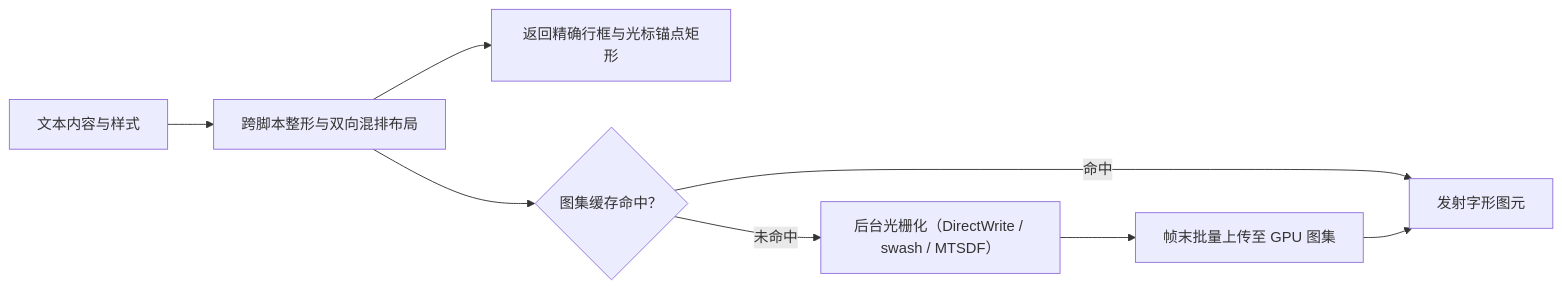
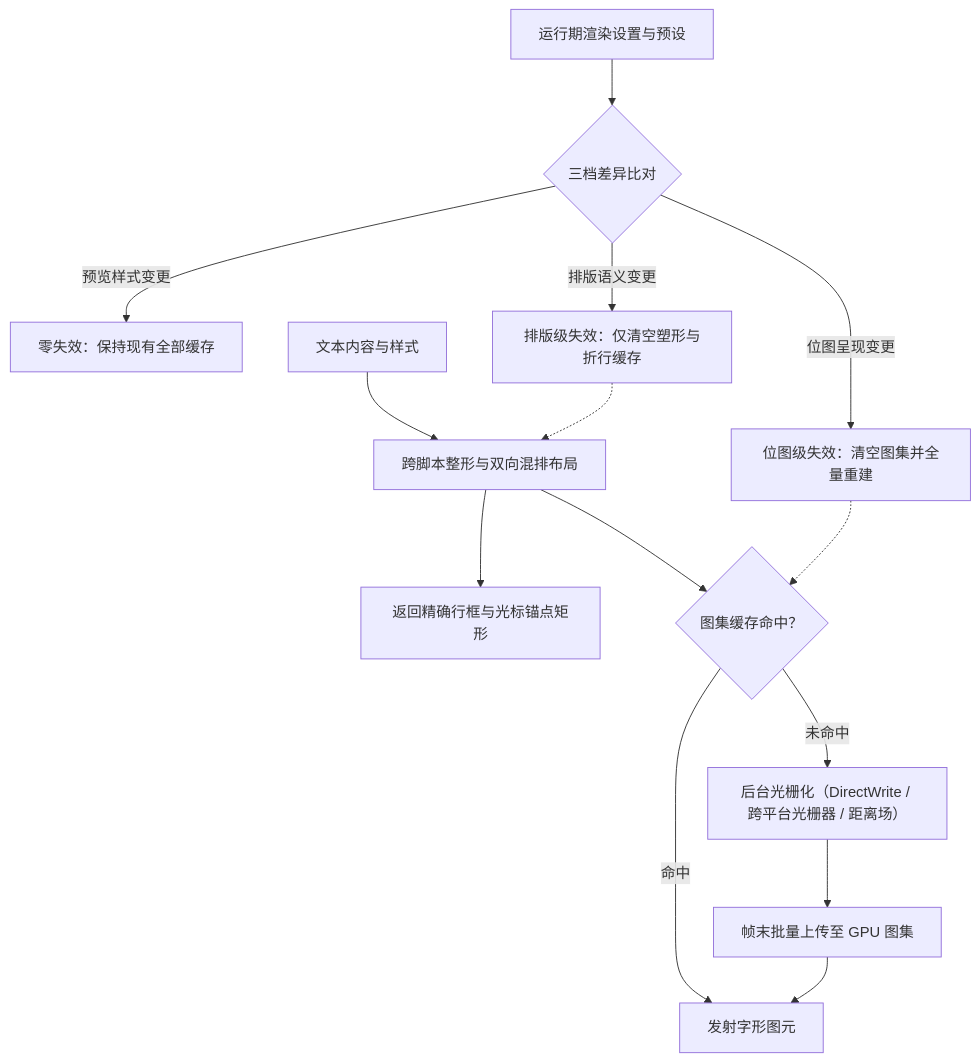
The diagram in docs/architecture/02-核心引擎（core-engine）/矢量与文本（text-and-vector）.md (pengjiaxusz/unbound-ui), drawn with Mermaid before and after one commit. The commit also changed other lines of this file and 3 other files, not shown here.

````diff
--- a/docs/architecture/02-核心引擎（core-engine）/矢量与文本（text-and-vector）.md
+++ b/docs/architecture/02-核心引擎（core-engine）/矢量与文本（text-and-vector）.md
@@ -14,10 +19,17 @@
 ```mermaid
-flowchart LR
+flowchart TD
+    Config["运行期渲染设置与预设"] --> Invalidation{"三档差异比对"}
+    Invalidation -- "预览样式变更" --> NoOp["零失效：保持现有全部缓存"]
+    Invalidation -- "排版语义变更" --> ClearShape["排版级失效：仅清空塑形与折行缓存"]
+    Invalidation -- "位图呈现变更" --> ClearAtlas["位图级失效：清空图集并全量重建"]
+    
     Text["文本内容与样式"] --> Shape["跨脚本整形与双向混排布局"]
+    ClearShape -.-> Shape
     Shape --> Measure["返回精确行框与光标锚点矩形"]
     Shape --> Cache{"图集缓存命中？"}
-    Cache -- "未命中" --> Raster["后台光栅化（DirectWrite / swash / MTSDF）"]
+    ClearAtlas -.-> Cache
+    Cache -- "未命中" --> Raster["后台光栅化（DirectWrite / 跨平台光栅器 / 距离场）"]
     Raster --> Batch["帧末批量上传至 GPU 图集"]
     Cache -- "命中" --> Emit["发射字形图元"]
     Batch --> Emit
 ```
````
